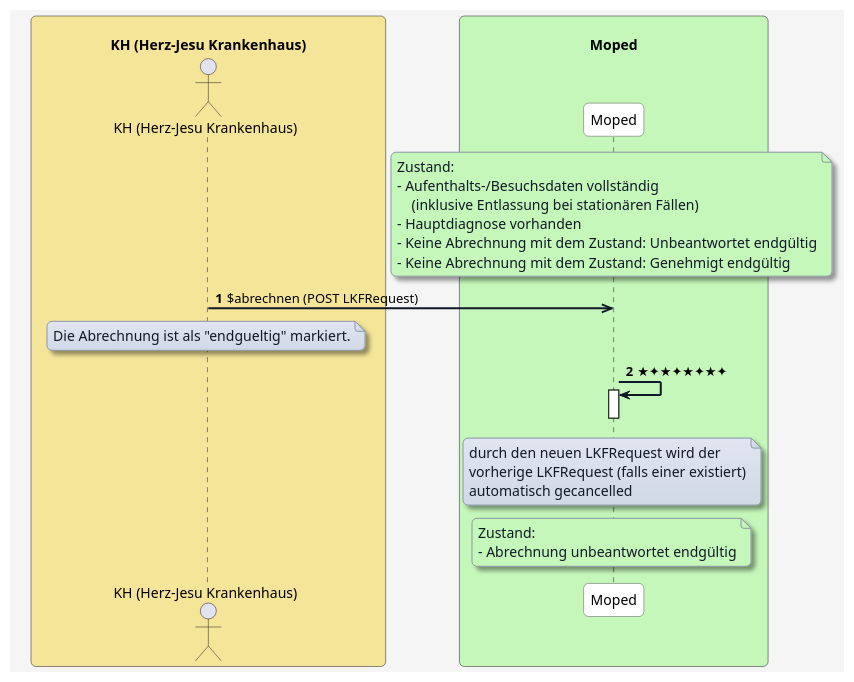
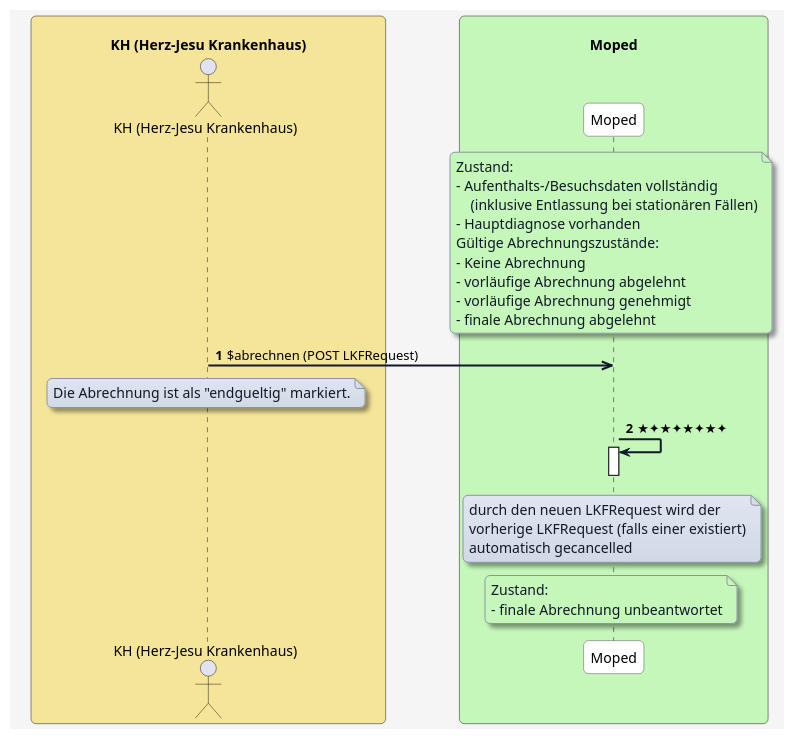
One commit to HL7Austria/ELGA-MOPED-R5 changed the diagram in plantuml/moped-fall-abrechnen/abrechnen-endgueltig.plantuml. Above: the diagram before and after it, drawn with PlantUML. The commit also changed 14 other files, not shown here.

```diff
--- a/plantuml/moped-fall-abrechnen/abrechnen-endgueltig.plantuml
+++ b/plantuml/moped-fall-abrechnen/abrechnen-endgueltig.plantuml
@@ -1,84 +1,87 @@
 @startuml
 skinparam borderColor #000000
 skinparam backgroundColor #f5f5f5
 skinparam shadowing false
 skinparam roundCorner 10
 skinparam defaultFontName "Arial"
 skinparam defaultFontSize 14
 skinparam defaultFontColor #000000
 
 skinparam note {
   BackgroundColor #e0e5f0-#d1d9e6
   BorderColor #8b95a5
   BorderThickness 1
   RoundCorner 8
   Padding 6
   FontColor #111827
   Shadowing true
 }
 
 skinparam HyperlinkColor #0000EE
 skinparam HyperlinkUnderline false
 
 skinparam sequence {
   ParticipantBorderColor #555555
   ParticipantBackgroundColor #ffffff
   ParticipantFontColor #000000
   ParticipantFontSize 14
   ParticipantPadding 20
   ArrowColor #111827
   ArrowThickness 2
   ArrowFontColor #000000
   ArrowFontSize 13
   GroupBorderColor #111827
   GroupBackgroundColor #f3f4f6
   GroupBorderThickness 1
 }
 
 skinparam BoxPadding 20
 skinparam BoxBorderColor #555555
 
 box "\n                     KH (Herz-Jesu Krankenhaus)                     " #f5e599
   actor KH as "KH (Herz-Jesu Krankenhaus)"
 end box
 
 box "\n                                   Moped                                   " #c5f7ba
   participant MP as "Moped"
 end box
 
 
 
 
 autonumber
 
 note over MP #c5f7ba
 Zustand:
 - Aufenthalts-/Besuchsdaten vollständig
     (inklusive Entlassung bei stationären Fällen)
 - Hauptdiagnose vorhanden
-- Keine Abrechnung mit dem Zustand: Unbeantwortet endgültig
-- Keine Abrechnung mit dem Zustand: Genehmigt endgültig
+Gültige Abrechnungszustände:
+- Keine Abrechnung
+- vorläufige Abrechnung abgelehnt
+- vorläufige Abrechnung genehmigt
+- finale Abrechnung abgelehnt
 end note
 
 KH ->> MP: $abrechnen (POST LKFRequest)
 
 note over KH
 Die Abrechnung ist als "endgueltig" markiert.
 end note
 
 MP -> MP: ★✦★✦★✦★✦
 activate MP
 deactivate MP
 
 note over MP
 durch den neuen LKFRequest wird der
 vorherige LKFRequest (falls einer existiert)
 automatisch gecancelled
 end note
 
 note over MP #c5f7ba
 Zustand:
-- Abrechnung unbeantwortet endgültig
+- finale Abrechnung unbeantwortet
 end note
 
 @enduml
```
